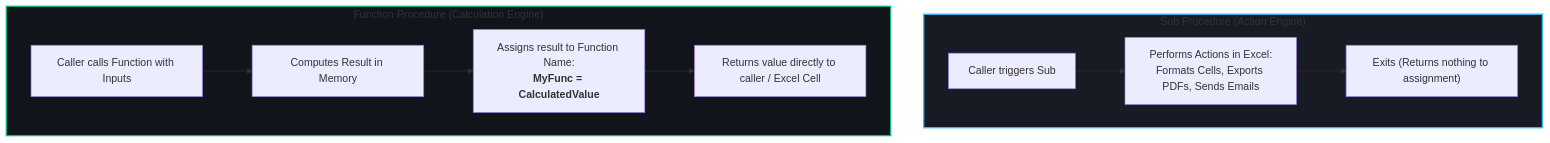
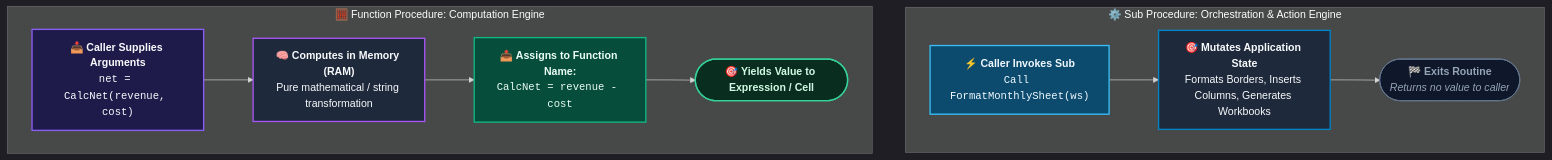
Before and after one commit to Sohila-Khaled-Abbas/Excel-VBA-Second-Brain: the diagram in 02 - VBA Fundamentals/Procedures & Functions/Procedures & Functions.md, drawn with Mermaid. The commit also changed 23 other files, not shown here.

Commit message:
feat: modernize vault diagrams with dark-theme Excel mockup UI, responsive card grids, and high-contrast Mermaid themes

````diff
--- a/02 - VBA Fundamentals/Procedures & Functions/Procedures & Functions.md
+++ b/02 - VBA Fundamentals/Procedures & Functions/Procedures & Functions.md
@@ -37,16 +37,26 @@
 ```mermaid
+%%{init: {'theme': 'dark', 'themeVariables': { 'darkMode': true, 'fontFamily': 'Inter, sans-serif' }}}%%
 flowchart TD
-    subgraph SubFlow["Sub Procedure (Action Engine)"]
-        S_In["Caller triggers Sub"] --> S_Do["Performs Actions in Excel:<br/>Formats Cells, Exports PDFs, Sends Emails"]
-        S_Do --> S_End["Exits (Returns nothing to assignment)"]
+    subgraph SubFlow["⚙️ Sub Procedure: Orchestration & Action Engine"]
+        S_In["⚡ <b>Caller Invokes Sub</b><br/><code>Call FormatMonthlySheet(ws)</code>"]:::subInput
+        S_Do["🎯 <b>Mutates Application State</b><br/>Formats Borders, Inserts Columns, Generates Workbooks"]:::subAction
+        S_End(["🏁 <b>Exits Routine</b><br/><i>Returns no value to caller</i>"]):::subEnd
+        S_In --> S_Do --> S_End
     end
 
-    subgraph FuncFlow["Function Procedure (Calculation Engine)"]
-        F_In["Caller calls Function with Inputs"] --> F_Calc["Computes Result in Memory"]
-        F_Calc --> F_Ret["Assigns result to Function Name:<br/><b>MyFunc = CalculatedValue</b>"]
-        F_Ret --> F_Out["Returns value directly to caller / Excel Cell"]
+    subgraph FuncFlow["🧮 Function Procedure: Computation Engine"]
+        F_In["📥 <b>Caller Supplies Arguments</b><br/><code>net = CalcNet(revenue, cost)</code>"]:::funcInput
+        F_Calc["🧠 <b>Computes in Memory (RAM)</b><br/>Pure mathematical / string transformation"]:::funcAction
+        F_Ret["📤 <b>Assigns to Function Name:</b><br/><code>CalcNet = revenue - cost</code>"]:::funcReturn
+        F_Out(["🎯 <b>Yields Value to Expression / Cell</b>"]):::funcEnd
+        F_In --> F_Calc --> F_Ret --> F_Out
     end
 
-    style SubFlow fill:#181a24,stroke:#38bdf8,stroke-width:2px
-    style FuncFlow fill:#12141c,stroke:#10b981,stroke-width:2px
+    classDef subInput fill:#0c4a6e,stroke:#38bdf8,stroke-width:2px,color:#f0f9ff;
+    classDef subAction fill:#1e293b,stroke:#0284c7,stroke-width:2px,color:#f8fafc;
+    classDef subEnd fill:#0f172a,stroke:#64748b,stroke-width:1.5px,color:#94a3b8;
+    classDef funcInput fill:#1e1b4b,stroke:#8b5cf6,stroke-width:2px,color:#f8fafc;
+    classDef funcAction fill:#1e293b,stroke:#a855f7,stroke-width:2px,color:#f8fafc;
+    classDef funcReturn fill:#064e3b,stroke:#10b981,stroke-width:2px,color:#ecfdf5;
+    classDef funcEnd fill:#092e20,stroke:#34d399,stroke-width:2px,color:#d1fae5;
 ```
````
